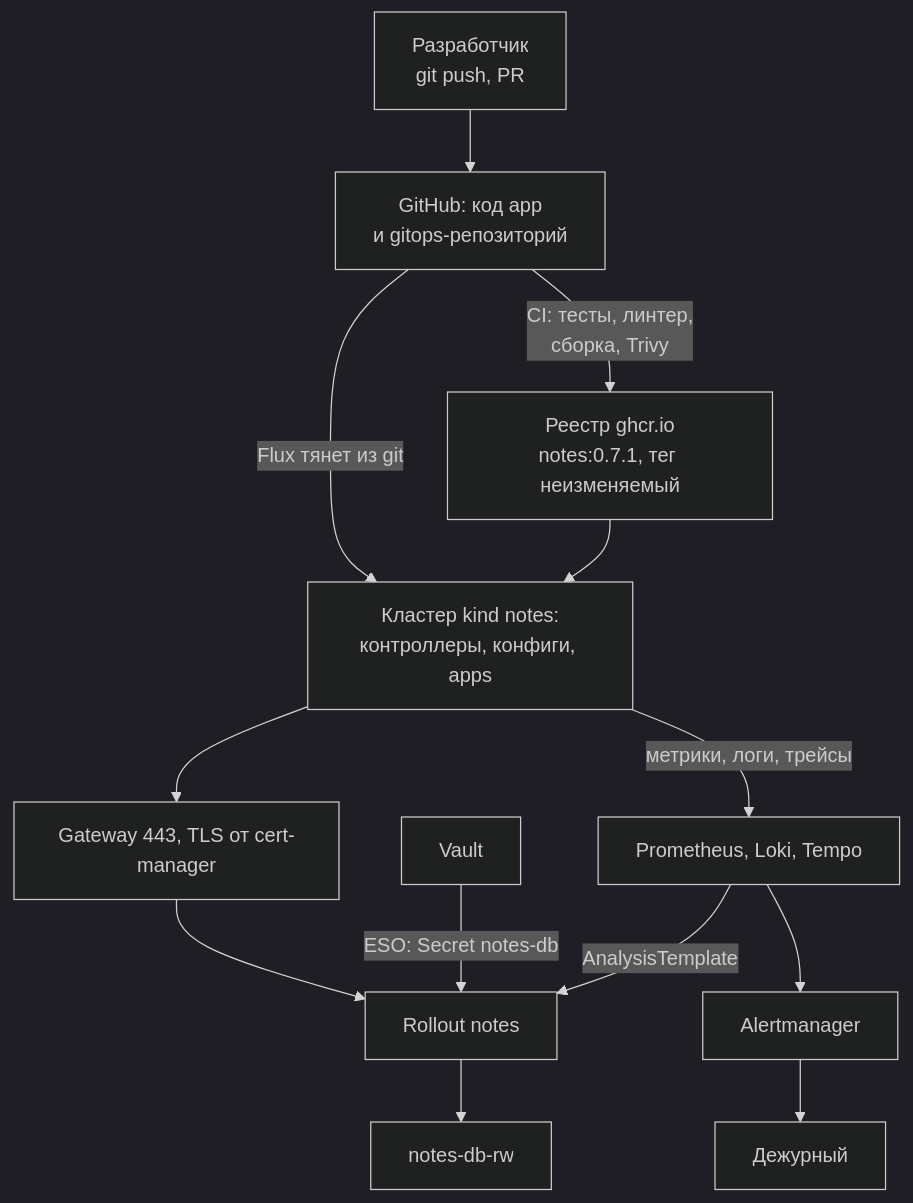
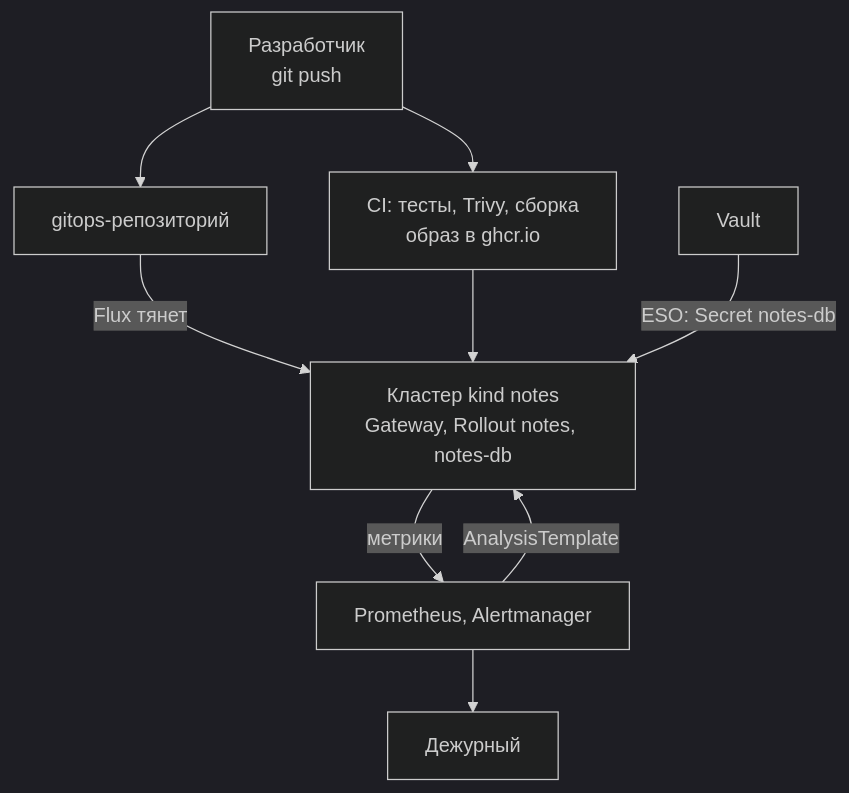
Before and after one commit to distinguished-sre/learning: the second of 6 diagrams in devops/09-secrets-gitops/07-platform-review.md, drawn with Mermaid (dark theme). The commit also changed other lines of this file and 462 other files, not shown here.

````diff
--- a/devops/09-secrets-gitops/07-platform-review.md
+++ b/devops/09-secrets-gitops/07-platform-review.md
@@ -101,15 +102,11 @@
 ```mermaid
 flowchart TD
-    DEV["Разработчик<br>git push, PR"] --> GH["GitHub: код app<br>и gitops-репозиторий"]
-    GH -->|"CI: тесты, линтер,<br>сборка, Trivy"| REG["Реестр ghcr.io<br>notes:0.7.1, тег неизменяемый"]
-    GH -->|"Flux тянет из git"| K["Кластер kind notes:<br>контроллеры, конфиги, apps"]
-    REG --> K
-    K --> GW["Gateway 443, TLS от cert-manager"]
-    GW --> RO["Rollout notes"]
-    RO --> DB["notes-db-rw"]
-    VT["Vault"] -->|"ESO: Secret notes-db"| RO
-    K -->|"метрики, логи, трейсы"| MON["Prometheus, Loki, Tempo"]
-    MON --> AL["Alertmanager"]
-    AL --> ON["Дежурный"]
-    MON -->|"AnalysisTemplate"| RO
+    DEV["Разработчик<br>git push"] --> CI["CI: тесты, Trivy, сборка<br>образ в ghcr.io"]
+    DEV --> GIT["gitops-репозиторий"]
+    GIT -->|"Flux тянет"| K["Кластер kind notes<br>Gateway, Rollout notes, notes-db"]
+    CI --> K
+    VT["Vault"] -->|"ESO: Secret notes-db"| K
+    K -->|"метрики"| MON["Prometheus, Alertmanager"]
+    MON --> ON["Дежурный"]
+    MON -->|"AnalysisTemplate"| K
 ```
````
